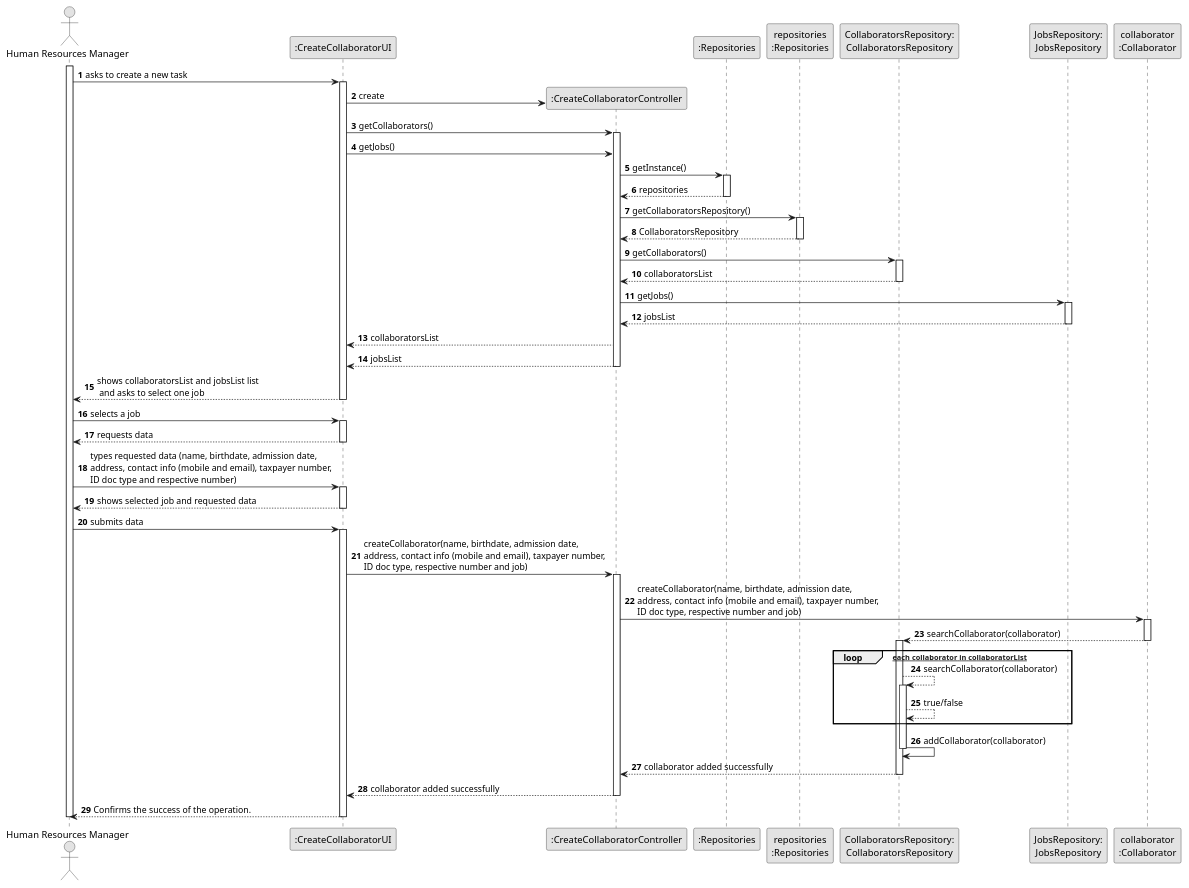
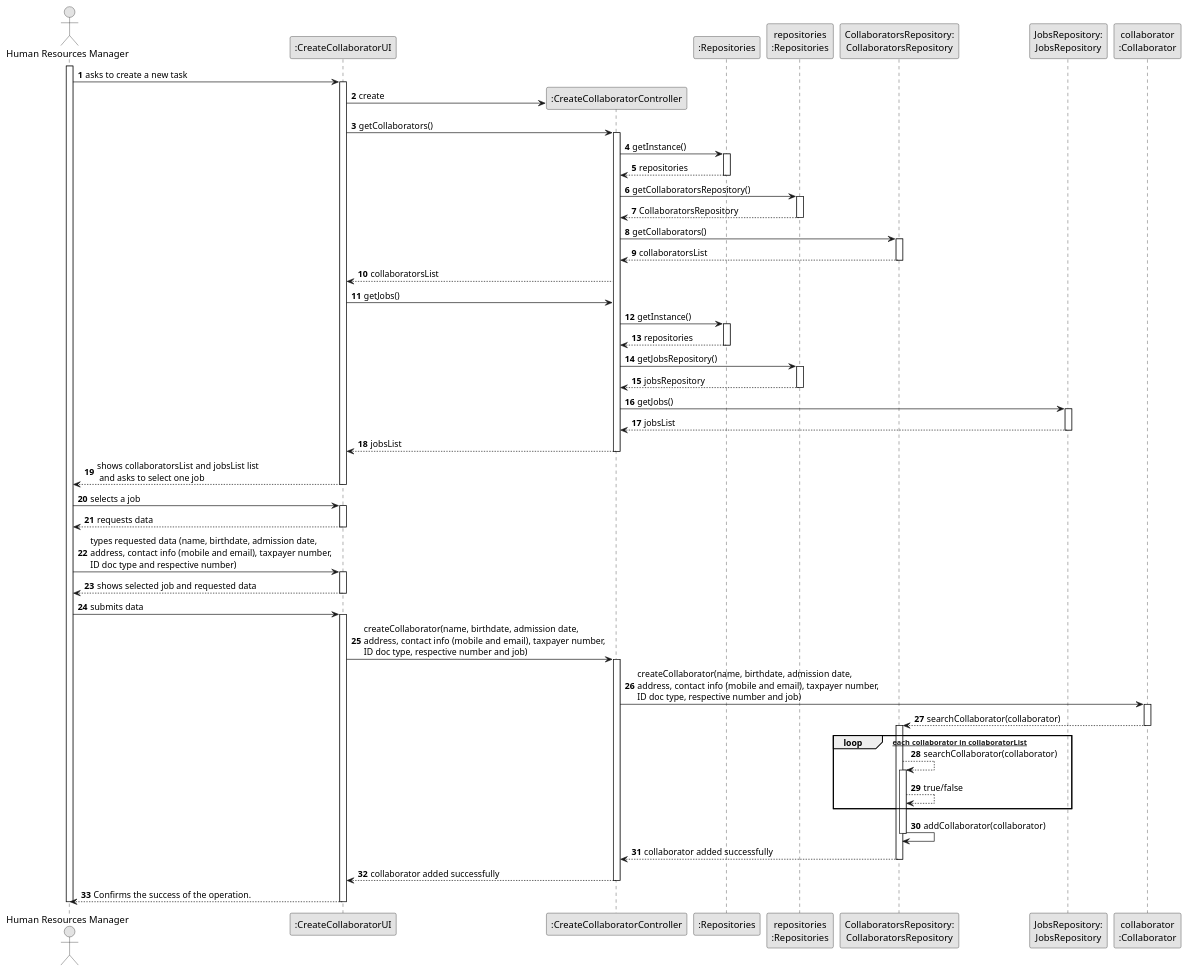
The diagram in docs/sprintB/us003/03.design/puml/us003-sequence-diagram-full.puml (SAEmanuel/Green_Spaces_Management_ISEP), drawn with PlantUML before and after one commit.

Commit message:
US3 Sequence diagram fifth draft

```diff
--- a/docs/sprintB/us003/03.design/puml/us003-sequence-diagram-full.puml
+++ b/docs/sprintB/us003/03.design/puml/us003-sequence-diagram-full.puml
@@ -1,108 +1,122 @@
 @startuml
 skinparam monochrome true
 skinparam packageStyle rectangle
 skinparam shadowing false
 
 autonumber
 
 'hide footbox
 actor "Human Resources Manager" as HRM
 participant ":CreateCollaboratorUI" as UI
 participant ":CreateCollaboratorController" as CTRL
 participant ":Repositories" as RepositorySingleton
 participant "repositories\n:Repositories" as PLAT
 participant "CollaboratorsRepository:\nCollaboratorsRepository" as CollaboratorsRepository
 participant "JobsRepository:\nJobsRepository" as JobsRepository
 participant "collaborator\n:Collaborator" as Collaborator
 
 activate HRM
 
         HRM -> UI : asks to create a new task
 
         activate UI
 
             UI -> CTRL** : create
 
             UI -> CTRL : getCollaborators()
             activate CTRL
-            UI -> CTRL : getJobs()
 
                 CTRL -> RepositorySingleton : getInstance()
                 activate RepositorySingleton
 
                     RepositorySingleton --> CTRL: repositories
                 deactivate RepositorySingleton
 
                 CTRL -> PLAT : getCollaboratorsRepository()
                 activate PLAT
 
                     PLAT --> CTRL: CollaboratorsRepository
                 deactivate PLAT
 
                 CTRL -> CollaboratorsRepository : getCollaborators()
                 activate CollaboratorsRepository
 
                     CollaboratorsRepository --> CTRL : collaboratorsList
                 deactivate CollaboratorsRepository
 
+                CTRL --> UI : collaboratorsList
+
+                UI -> CTRL : getJobs()
+
+                CTRL -> RepositorySingleton : getInstance()
+                                activate RepositorySingleton
+
+                                    RepositorySingleton --> CTRL: repositories
+                                deactivate RepositorySingleton
+
+                                CTRL -> PLAT : getJobsRepository()
+                                activate PLAT
+
+                                    PLAT --> CTRL: jobsRepository
+                                deactivate PLAT
+
                 CTRL -> JobsRepository : getJobs()
                 activate JobsRepository
 
                     JobsRepository --> CTRL : jobsList
                 deactivate JobsRepository
 
-                CTRL --> UI : collaboratorsList
                 CTRL --> UI : jobsList
             deactivate CTRL
 
             UI --> HRM : shows collaboratorsList and jobsList list\n and asks to select one job
         deactivate UI
 
     HRM -> UI : selects a job
     activate UI
 
         UI --> HRM : requests data
     deactivate UI
 
     HRM -> UI : types requested data (name, birthdate, admission date,\naddress, contact info (mobile and email), taxpayer number,\nID doc type and respective number)
     activate UI
 
         UI --> HRM : shows selected job and requested data
     deactivate UI
 
     HRM -> UI : submits data
     activate UI
 
         UI -> CTRL : createCollaborator(name, birthdate, admission date,\naddress, contact info (mobile and email), taxpayer number,\nID doc type, respective number and job)
         activate CTRL
 
             CTRL -> Collaborator : createCollaborator(name, birthdate, admission date,\naddress, contact info (mobile and email), taxpayer number,\nID doc type, respective number and job)
             activate Collaborator
 
             Collaborator --> CollaboratorsRepository : searchCollaborator(collaborator)
             deactivate Collaborator
             activate CollaboratorsRepository
 
             loop [for each collaborator in collaboratorList]
                 CollaboratorsRepository --> CollaboratorsRepository: searchCollaborator(collaborator)
                 activate CollaboratorsRepository
                     CollaboratorsRepository --> CollaboratorsRepository: true/false
             end
 
             CollaboratorsRepository -> CollaboratorsRepository : addCollaborator(collaborator)
                             deactivate CollaboratorsRepository
 
         CollaboratorsRepository --> CTRL : collaborator added successfully
         deactivate CollaboratorsRepository
         deactivate Collaborator
 
         CTRL --> UI: collaborator added successfully
         deactivate CTRL
 
         UI --> HRM: Confirms the success of the operation.
 
     deactivate UI
 
 deactivate HRM
 
 @enduml
```
